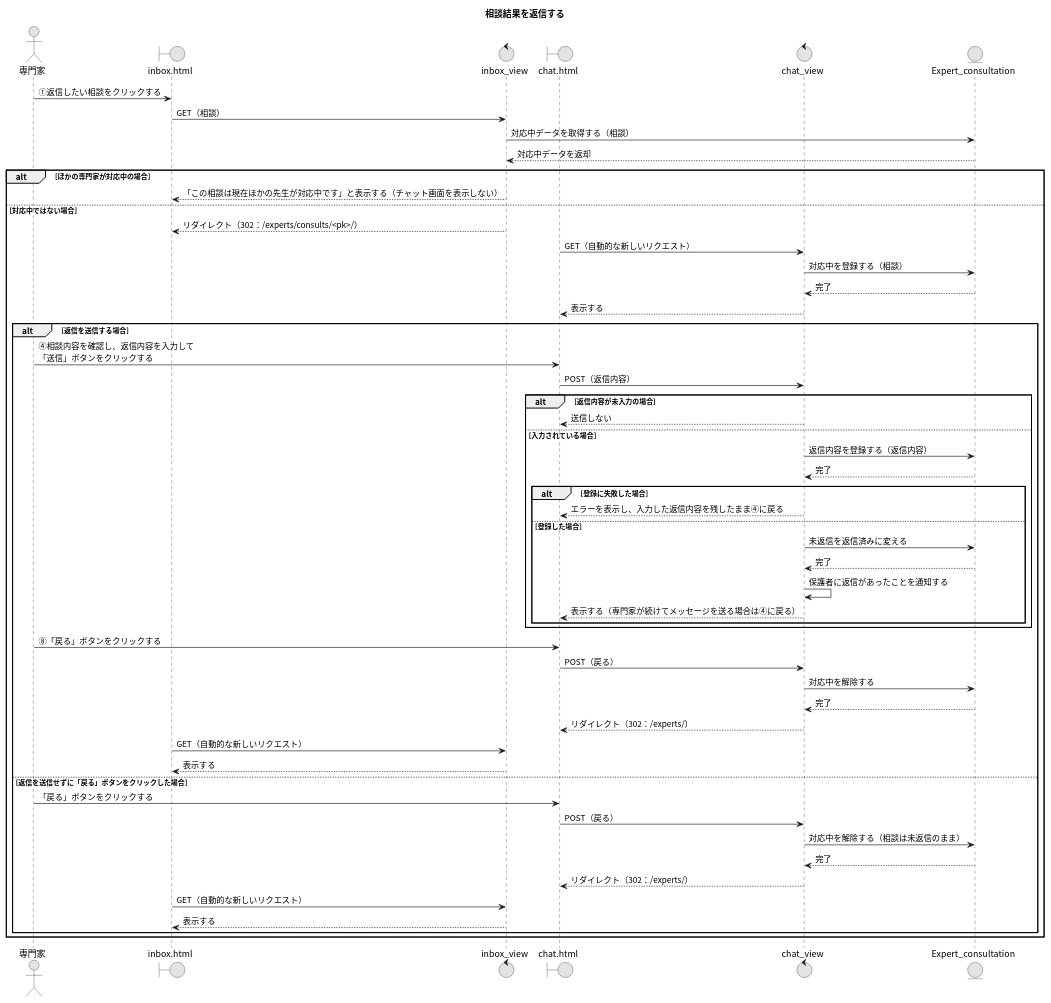
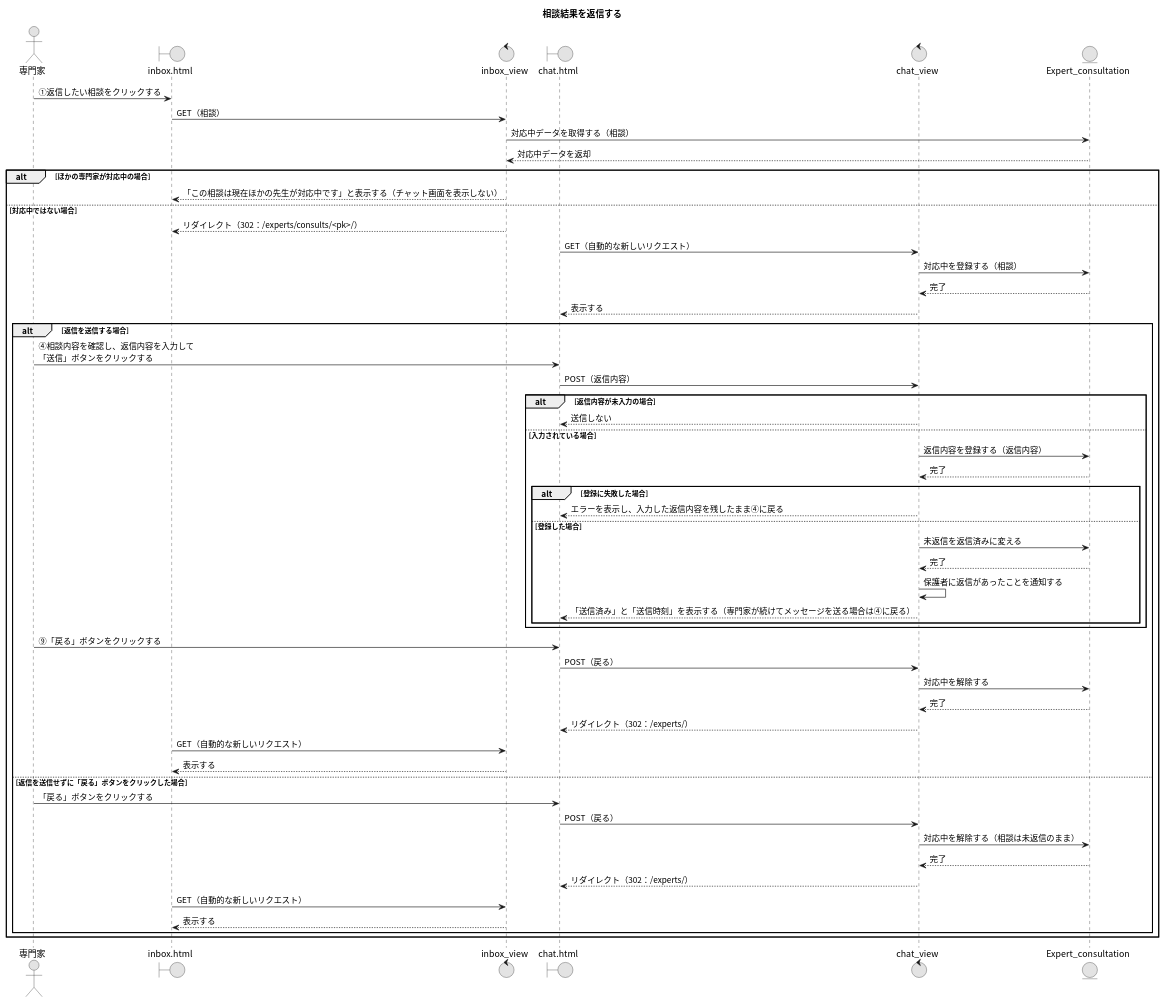
One commit to Ma2naga190330/26_sotugyou_puml changed the diagram in 12_相談結果を返信する.puml. Above: the diagram before and after it, drawn with PlantUML. The commit also changed 5 other files, not shown here.

```diff
--- a/12_相談結果を返信する.puml
+++ b/12_相談結果を返信する.puml
@@ -1,60 +1,60 @@
 @startuml
 title 相談結果を返信する
 skinparam defaultFontName "Noto Sans CJK JP"
 skinparam monochrome true
 
 actor "専門家" as A
 boundary "inbox.html" as IBP
 control "inbox_view" as IBV
 boundary "chat.html" as CP
 control "chat_view" as CV
 entity "Expert_consultation" as ECSM
 
 A -> IBP : ①返信したい相談をクリックする
 IBP -> IBV : GET（相談）
 IBV -> ECSM : 対応中データを取得する（相談）
 IBV <-- ECSM : 対応中データを返却
 alt ほかの専門家が対応中の場合
   IBV --> IBP : 「この相談は現在ほかの先生が対応中です」と表示する（チャット画面を表示しない）
 else 対応中ではない場合
   IBV --> IBP : リダイレクト（302：/experts/consults/<pk>/）
   CP -> CV : GET（自動的な新しいリクエスト）
   CV -> ECSM : 対応中を登録する（相談）
   CV <-- ECSM : 完了
   CV --> CP : 表示する
 
   alt 返信を送信する場合
     A -> CP : ④相談内容を確認し、返信内容を入力して\n「送信」ボタンをクリックする
     CP -> CV : POST（返信内容）
     alt 返信内容が未入力の場合
       CV --> CP : 送信しない
     else 入力されている場合
       CV -> ECSM : 返信内容を登録する（返信内容）
       CV <-- ECSM : 完了
       alt 登録に失敗した場合
         CV --> CP : エラーを表示し、入力した返信内容を残したまま④に戻る
       else 登録した場合
         CV -> ECSM : 未返信を返信済みに変える
         CV <-- ECSM : 完了
         CV -> CV : 保護者に返信があったことを通知する
-        CV --> CP : 表示する（専門家が続けてメッセージを送る場合は④に戻る）
+        CV --> CP : 「送信済み」と「送信時刻」を表示する（専門家が続けてメッセージを送る場合は④に戻る）
       end
     end
-    A -> CP : ⑧「戻る」ボタンをクリックする
+    A -> CP : ⑨「戻る」ボタンをクリックする
     CP -> CV : POST（戻る）
     CV -> ECSM : 対応中を解除する
     CV <-- ECSM : 完了
     CV --> CP : リダイレクト（302：/experts/）
     IBP -> IBV : GET（自動的な新しいリクエスト）
     IBV --> IBP : 表示する
   else 返信を送信せずに「戻る」ボタンをクリックした場合
     A -> CP : 「戻る」ボタンをクリックする
     CP -> CV : POST（戻る）
     CV -> ECSM : 対応中を解除する（相談は未返信のまま）
     CV <-- ECSM : 完了
     CV --> CP : リダイレクト（302：/experts/）
     IBP -> IBV : GET（自動的な新しいリクエスト）
     IBV --> IBP : 表示する
   end
 end
 @enduml
```
